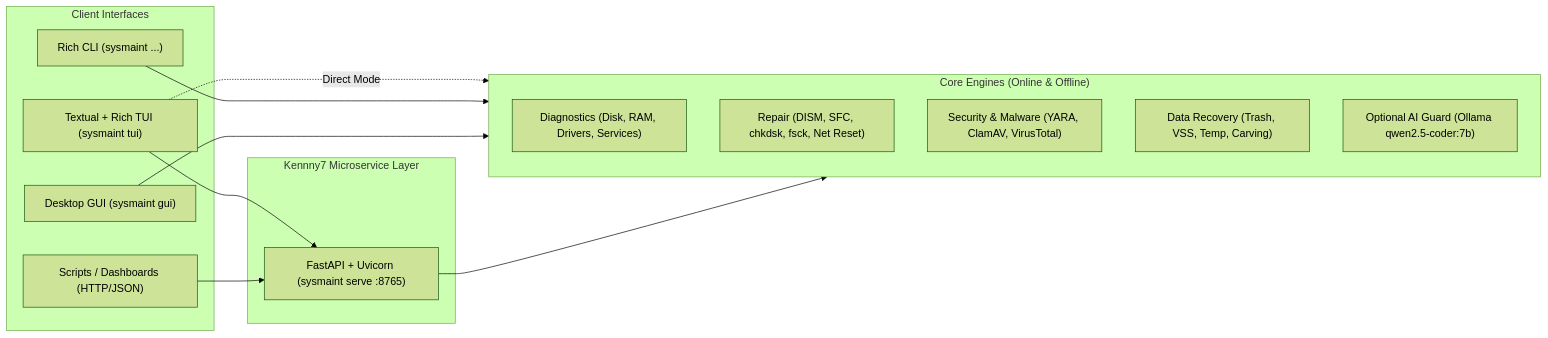
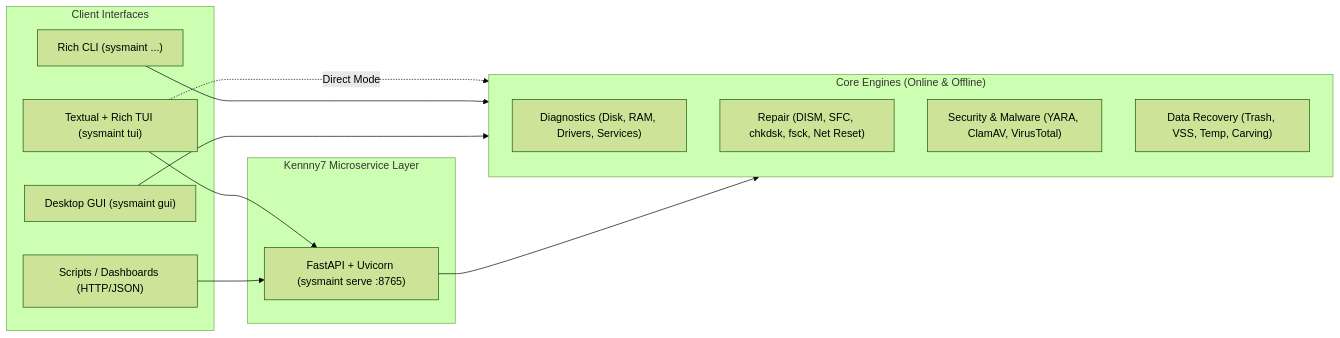
Before and after one commit to Kennny7/sysmaint: the first of 2 diagrams in README.md, drawn with Mermaid (forest theme). The commit also changed other lines of this file, not shown here.

````diff
--- a/README.md
+++ b/README.md
@@ -38,28 +38,27 @@
 ```mermaid
 flowchart LR
     subgraph Clients["Client Interfaces"]
         TUI["Textual + Rich TUI (sysmaint tui)"]
         CLI["Rich CLI (sysmaint ...)"]
         GUI["Desktop GUI (sysmaint gui)"]
         EXT["Scripts / Dashboards (HTTP/JSON)"]
     end
 
     subgraph Service["Kennny7 Microservice Layer"]
         API["FastAPI + Uvicorn (sysmaint serve :8765)"]
     end
 
     subgraph Core["Core Engines (Online & Offline)"]
         DIAG["Diagnostics (Disk, RAM, Drivers, Services)"]
         REP["Repair (DISM, SFC, chkdsk, fsck, Net Reset)"]
         SEC["Security & Malware (YARA, ClamAV, VirusTotal)"]
         REC["Data Recovery (Trash, VSS, Temp, Carving)"]
-        AI["Optional AI Guard (Ollama qwen2.5-coder:7b)"]
     end
 
     TUI --> API
     TUI -. Direct Mode .-> Core
     CLI --> Core
     GUI --> Core
     EXT --> API
     API --> Core
 ```
````
